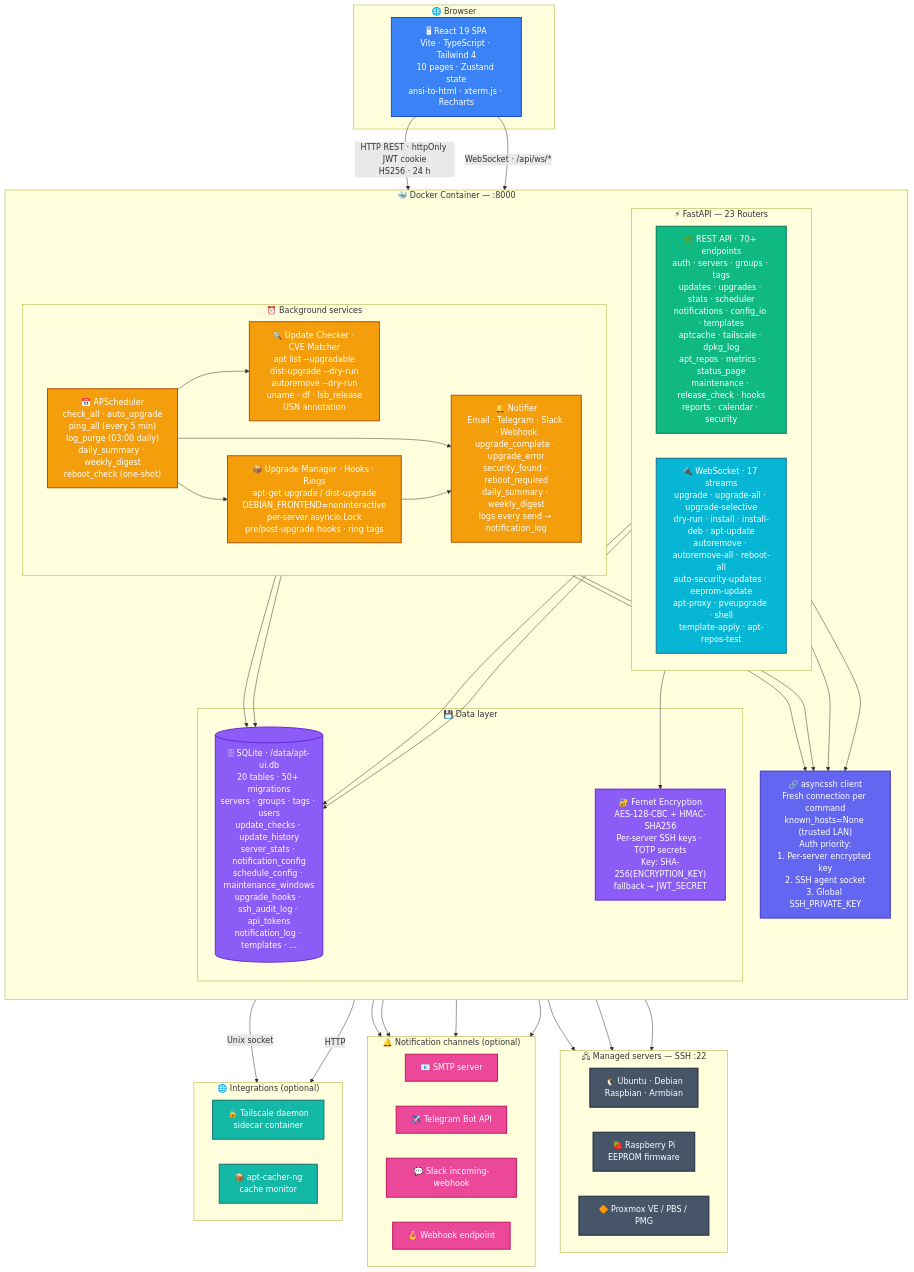
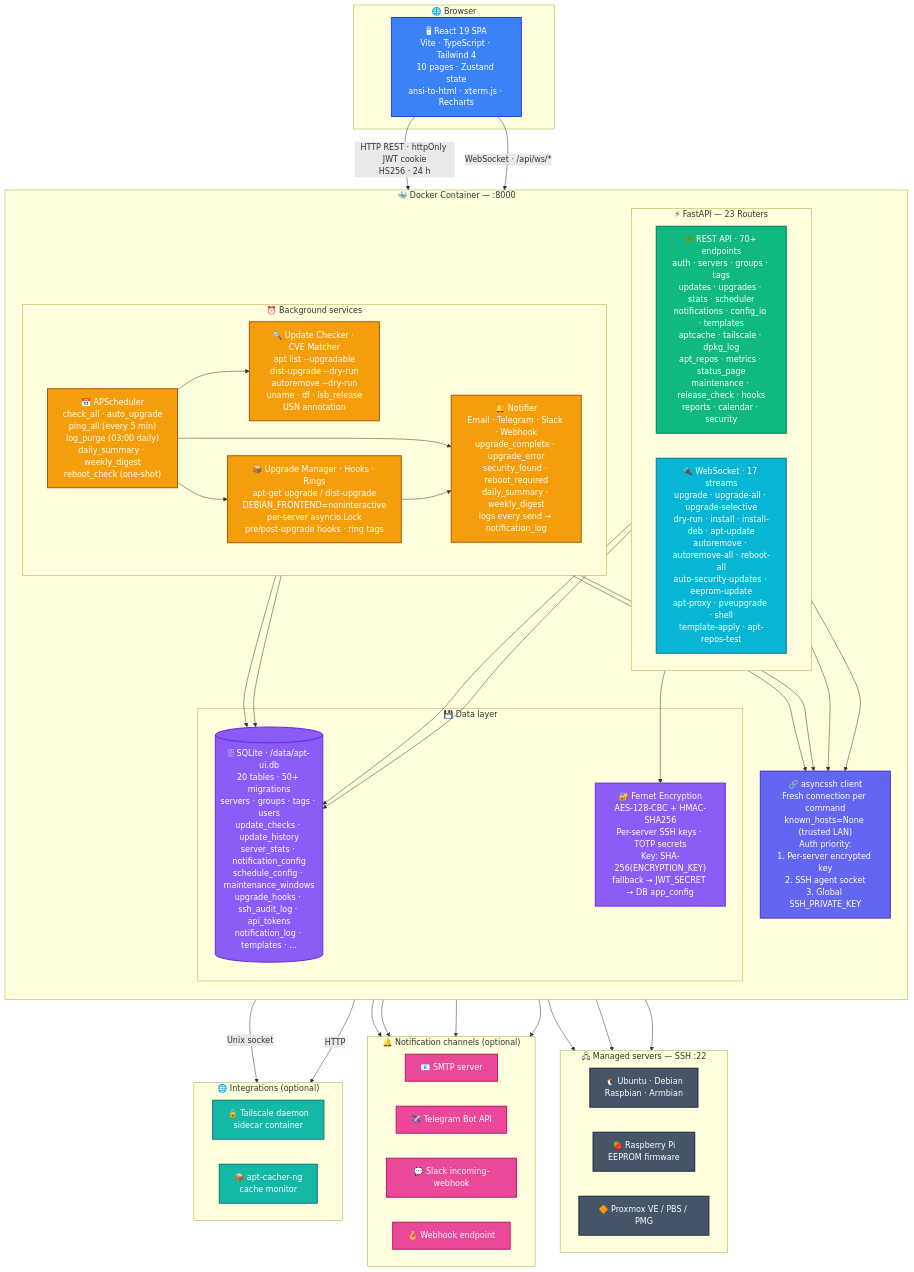
One commit to mzac/apt-ui changed the first of 2 diagrams in ARCHITECTURE.md. Above: the diagram before and after it, drawn with Mermaid. The commit also changed 8 other files, not shown here.

First line of the commit message:
fix: persist the DB encryption key so per-server SSH keys survive restarts (#77)

```diff
--- a/ARCHITECTURE.md
+++ b/ARCHITECTURE.md
@@ -33,7 +33,7 @@
 
         subgraph data_layer["💾 Data layer"]
             DB[("🗄 SQLite · /data/apt-ui.db<br/>20 tables · 50+ migrations<br/>servers · groups · tags · users<br/>update_checks · update_history<br/>server_stats · notification_config<br/>schedule_config · maintenance_windows<br/>upgrade_hooks · ssh_audit_log · api_tokens<br/>notification_log · templates · …")]
-            CRYPTO["🔐 Fernet Encryption<br/>AES-128-CBC + HMAC-SHA256<br/>Per-server SSH keys · TOTP secrets<br/>Key: SHA-256(ENCRYPTION_KEY)<br/>fallback → JWT_SECRET"]
+            CRYPTO["🔐 Fernet Encryption<br/>AES-128-CBC + HMAC-SHA256<br/>Per-server SSH keys · TOTP secrets<br/>Key: SHA-256(ENCRYPTION_KEY)<br/>fallback → JWT_SECRET → DB app_config"]
         end
 
         SSH_CLIENT["🔗 asyncssh client<br/>Fresh connection per command<br/>known_hosts=None (trusted LAN)<br/>Auth priority:<br/>1. Per-server encrypted key<br/>2. SSH agent socket<br/>3. Global SSH_PRIVATE_KEY"]
```
